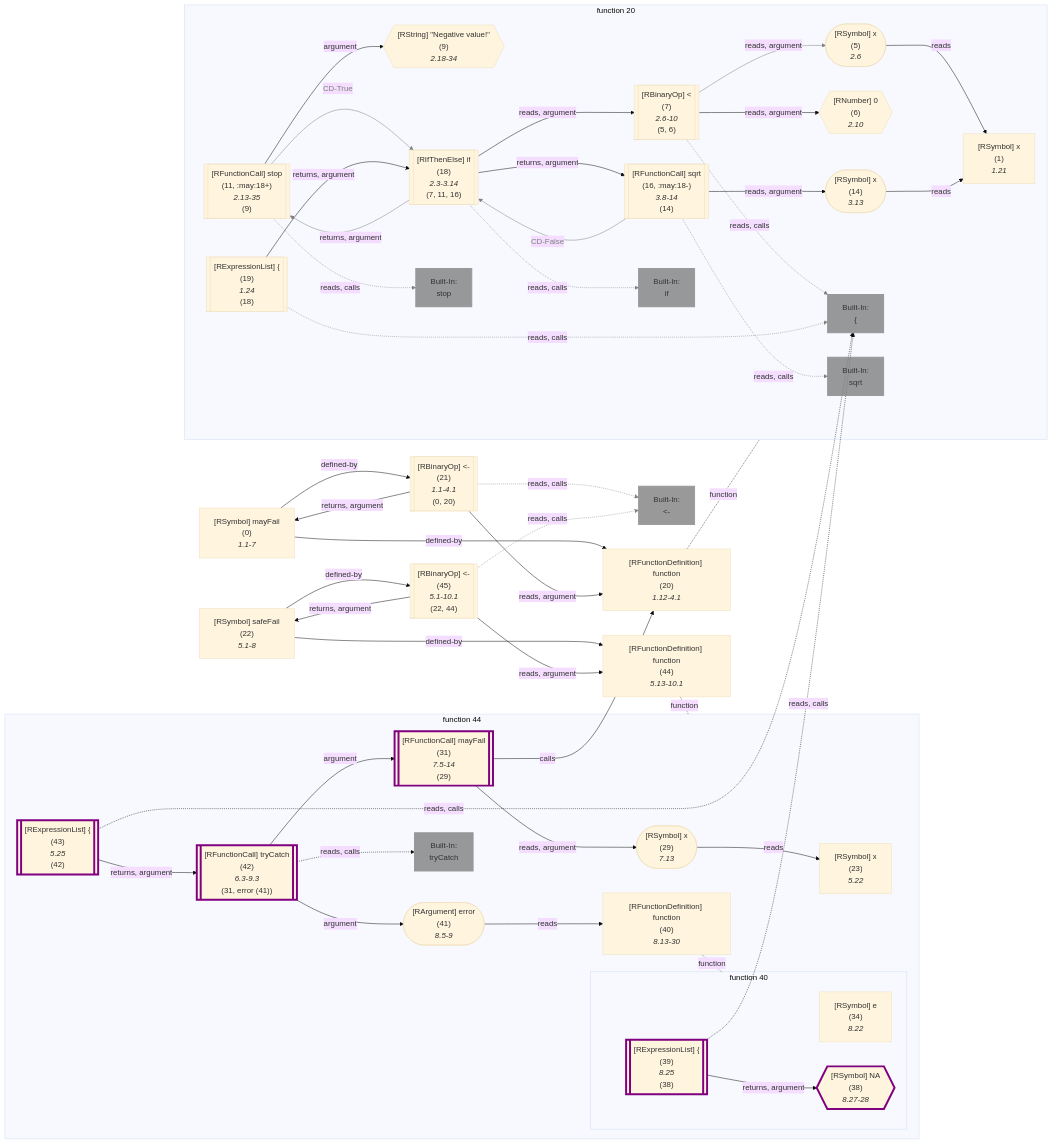
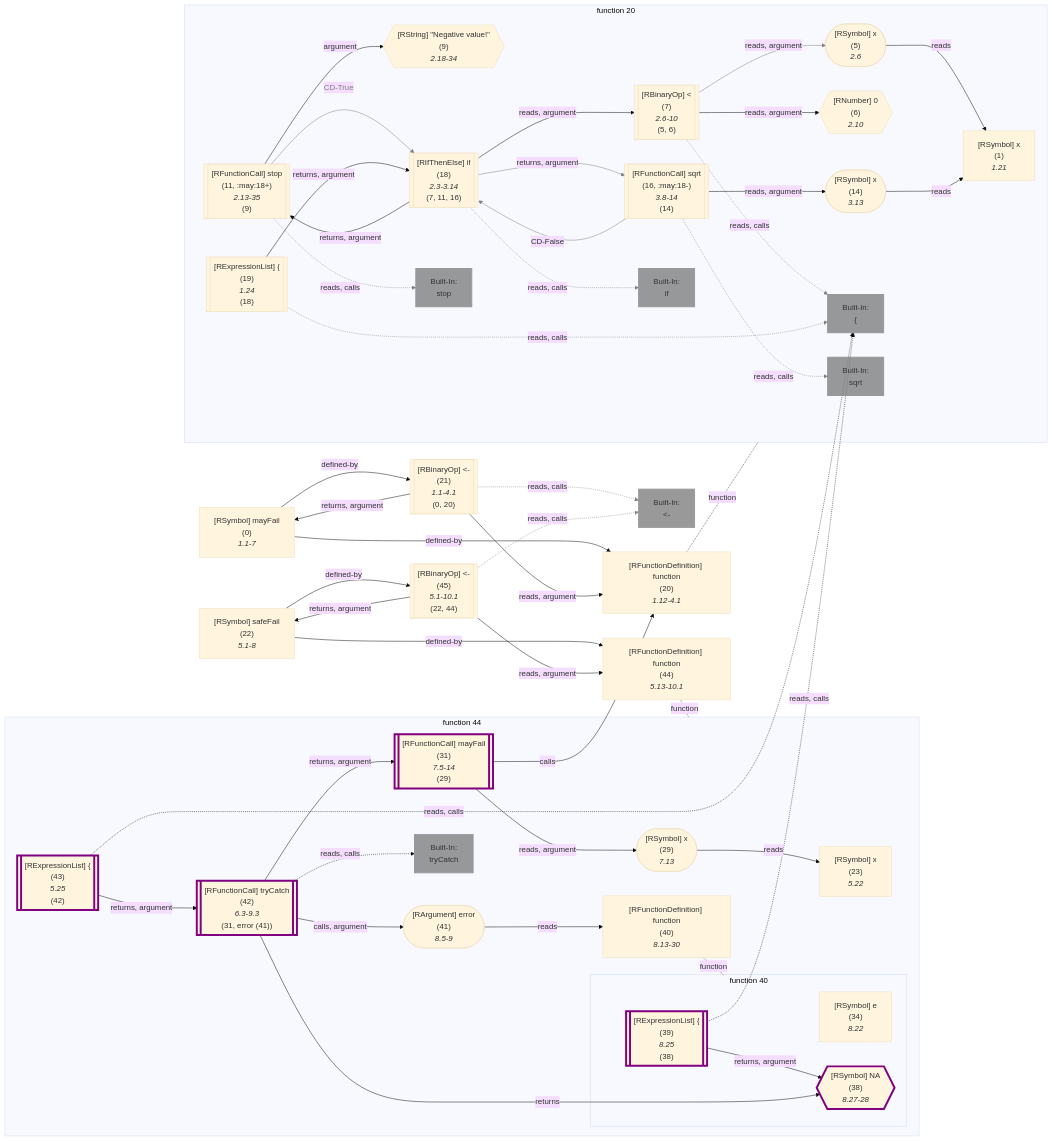
Before and after one commit to flowr-analysis/flowr: diagram 13 of 21 in wiki/Query API.md, drawn with Mermaid (base theme). The commit also changed other lines of this file and 3 other files, not shown here.

````diff
--- a/wiki/Query API.md
+++ b/wiki/Query API.md
@@ -4851,8 +4824,8 @@
       *7.13*`"])
     %% Environment of 31 [level: 1]:
     %% Built-in
-    %% 1480----------------------------------------
-    %% 1481----------------------------------------
+    %% 1644----------------------------------------
+    %% 1645----------------------------------------
     %%   x: {**x** (id: 23, type: Parameter, def. @24)}
     31[["`#91;RFunctionCall#93; mayFail
       (31)
@@ -4860,8 +4833,8 @@
     (29)`"]]
     %% Environment of 40 [level: 1]:
     %% Built-in
-    %% 1504----------------------------------------
-    %% 1505----------------------------------------
+    %% 1668----------------------------------------
+    %% 1669----------------------------------------
     40["`#91;RFunctionDefinition#93; function
       (40)
       *8.13-30*`"]
@@ -4952,13 +4925,14 @@
 40 -.-|function| flow-40
 
     41 -->|"reads"| 40
-    42 -->|"argument"| 31
-    42 -->|"argument"| 41
+    42 -->|"returns, argument"| 31
+    42 -->|"calls, argument"| 41
+    42 -->|"returns"| 38
     42 -.->|"reads, calls"| built-in:tryCatch
-    linkStyle 9 stroke:gray;
+    linkStyle 10 stroke:gray;
     43 -->|"returns, argument"| 42
     43 -.->|"reads, calls"| built-in:_
-    linkStyle 11 stroke:gray;
+    linkStyle 12 stroke:gray;
 44 -.-|function| flow-44
 
     22 -->|"defined-by"| 44
@@ -4966,5 +4940,5 @@
     45 -->|"reads, argument"| 44
     45 -->|"returns, argument"| 22
     45 -.->|"reads, calls"| built-in:_-
-    linkStyle 40 stroke:gray;
+    linkStyle 41 stroke:gray;
 ```
````
